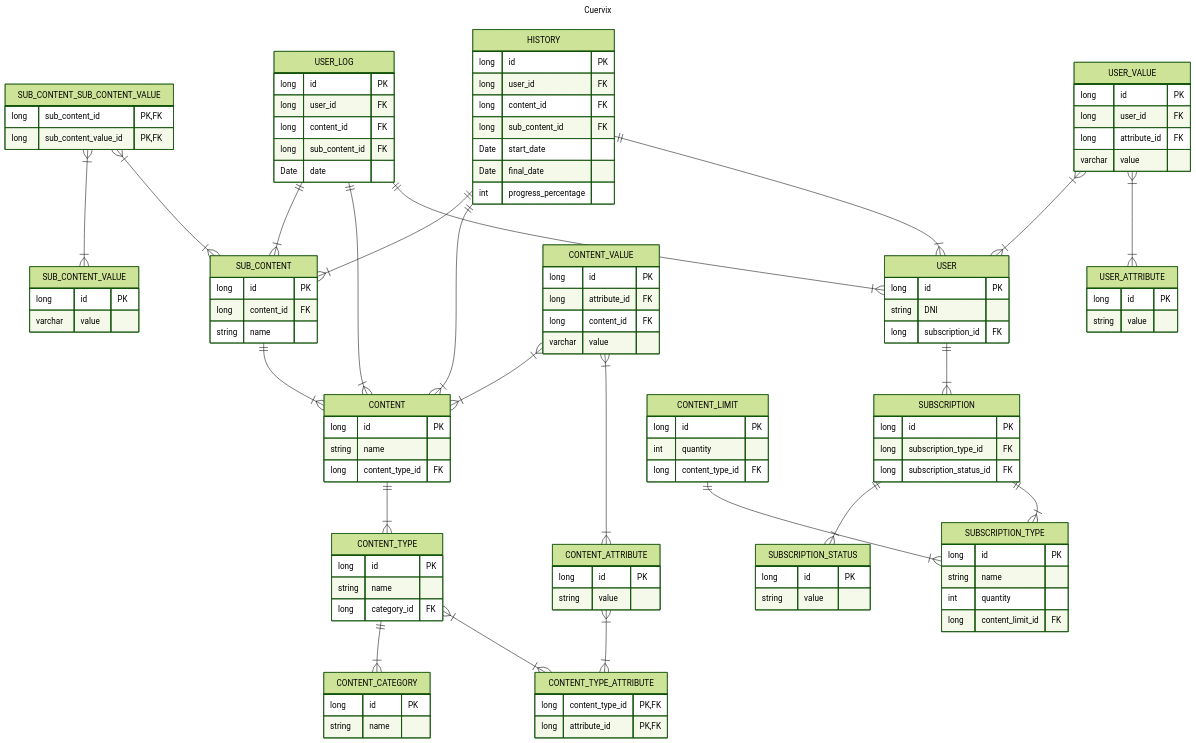
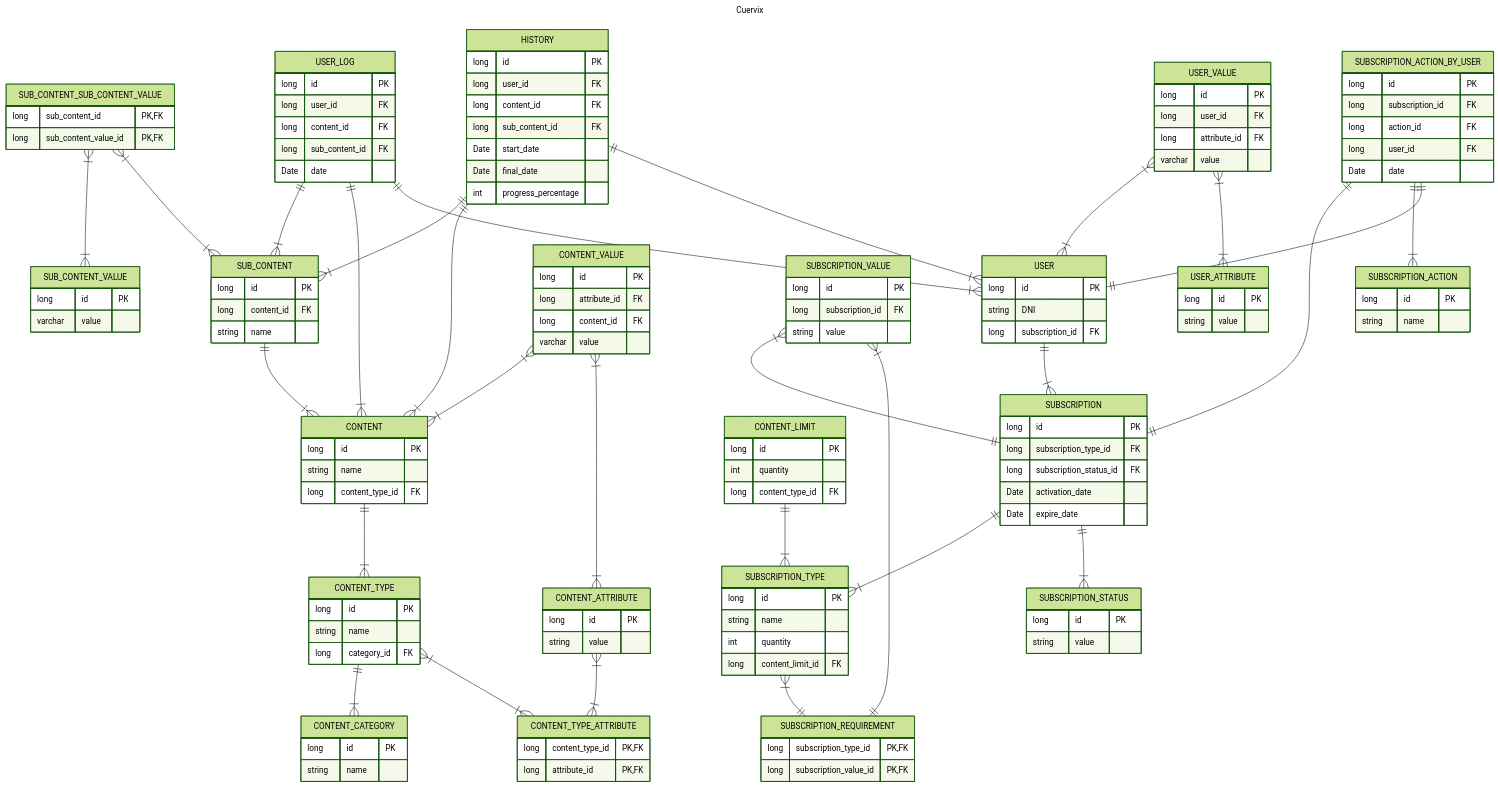
The diagram in Cuervix.mmd (maiacamarero/DISIS_DB), drawn with Mermaid (forest theme) before and after one commit.

Commit message:
subscription 2.0

```diff
--- a/Cuervix.mmd
+++ b/Cuervix.mmd
@@ -1,141 +1,174 @@
 ---
 title: Cuervix
 ---
 erDiagram
     CONTENT ||--|{ CONTENT_TYPE : ""
     CONTENT{
         long id PK
         string name
         long content_type_id FK
     }
 
     SUB_CONTENT ||--|{ CONTENT : ""
     SUB_CONTENT{
         long id PK
         long content_id FK
         string name
     }
 
     SUB_CONTENT_SUB_CONTENT_VALUE }|--|{ SUB_CONTENT_VALUE :""
     SUB_CONTENT_SUB_CONTENT_VALUE }|--|{ SUB_CONTENT :""
     SUB_CONTENT_SUB_CONTENT_VALUE{
         long sub_content_id PK, FK
         long sub_content_value_id PK, FK
     }
 
     SUB_CONTENT_VALUE{
         long id PK
         varchar value
     }
 
 
     CONTENT_TYPE ||--|{ CONTENT_CATEGORY : ""
     CONTENT_TYPE{
         long id PK
         string name
         long category_id FK
     }
 
     CONTENT_CATEGORY{
         long id PK
         string name
     }
 
     CONTENT_TYPE }|--|{ CONTENT_TYPE_ATTRIBUTE : ""
     CONTENT_ATTRIBUTE }|--|{ CONTENT_TYPE_ATTRIBUTE : ""
 
     CONTENT_ATTRIBUTE{
         long id PK
         string value
     }
 
     CONTENT_TYPE_ATTRIBUTE{
         long content_type_id PK, FK
         long attribute_id PK, FK
     }
 
 
 
 
     USER{
         long id PK
         string DNI
         long subscription_id FK
     }
 
     USER_VALUE }|--|{ USER : ""
     USER_VALUE{
         long id PK
         long user_id FK
         long attribute_id FK
         varchar value
     }
     USER_VALUE }|--|{ USER_ATTRIBUTE : ""
 
     USER_ATTRIBUTE{
         long id PK
         string value
     }
 
     CONTENT_VALUE }|--|{ CONTENT : ""
     CONTENT_VALUE{
         long id PK
         long attribute_id FK
         long content_id FK
         varchar value
     }
+
     CONTENT_VALUE }|--|{ CONTENT_ATTRIBUTE : ""
 
     USER ||--|{ SUBSCRIPTION : ""
     SUBSCRIPTION{
         long id PK
         long subscription_type_id FK
         long subscription_status_id FK
-
+        Date activation_date
+        Date expire_date
     }
 
-    SUBSCRIPTION ||--|{ SUBSCRIPTION_STATUS : ""
     SUBSCRIPTION_STATUS{
         long id PK
         string value
+    }
+
+    SUBSCRIPTION_VALUE{
+        long id PK
+        long subscription_id FK
+        string value
+    }
+    SUBSCRIPTION_VALUE }|--|| SUBSCRIPTION : ""
+
+    SUBSCRIPTION_VALUE }|--|| SUBSCRIPTION_REQUIREMENT : ""
+    SUBSCRIPTION_TYPE }|--|| SUBSCRIPTION_REQUIREMENT : ""
+    SUBSCRIPTION_REQUIREMENT{
+        long subscription_type_id PK, FK
+        long subscription_value_id PK, FK
     }
 
     SUBSCRIPTION ||--|{ SUBSCRIPTION_TYPE : ""
     SUBSCRIPTION_TYPE{
         long id PK
         string name
         int quantity
         long content_limit_id FK
+    }
+    SUBSCRIPTION ||--|{ SUBSCRIPTION_STATUS : ""
+
+    SUBSCRIPTION_ACTION_BY_USER{
+        long id PK
+        long subscription_id FK
+        long action_id FK
+        long user_id FK
+        Date date
+    }
+
+    SUBSCRIPTION_ACTION_BY_USER ||--|| SUBSCRIPTION : ""
+    SUBSCRIPTION_ACTION_BY_USER ||--|{ SUBSCRIPTION_ACTION : ""
+    SUBSCRIPTION_ACTION_BY_USER ||--|| USER : ""
+
+    SUBSCRIPTION_ACTION{
+        long id PK
+        string name
     }
 
     CONTENT_LIMIT ||--|{ SUBSCRIPTION_TYPE : ""
     CONTENT_LIMIT{
         long id PK
         int quantity
         long content_type_id FK
     }
 
     USER_LOG ||--|{ SUB_CONTENT : ""
     USER_LOG ||--|{ CONTENT : ""
     USER_LOG ||--|{ USER : ""
     USER_LOG{
         long id PK
         long user_id FK
         long content_id FK
         long sub_content_id FK
         Date date
     }
 
     HISTORY ||--|{ SUB_CONTENT : ""
     HISTORY ||--|{ CONTENT : ""
     HISTORY ||--|{ USER : ""
     HISTORY{
         long id PK
         long user_id FK
         long content_id FK
         long sub_content_id FK
         Date start_date
         Date final_date
         int progress_percentage
 
     }
```
